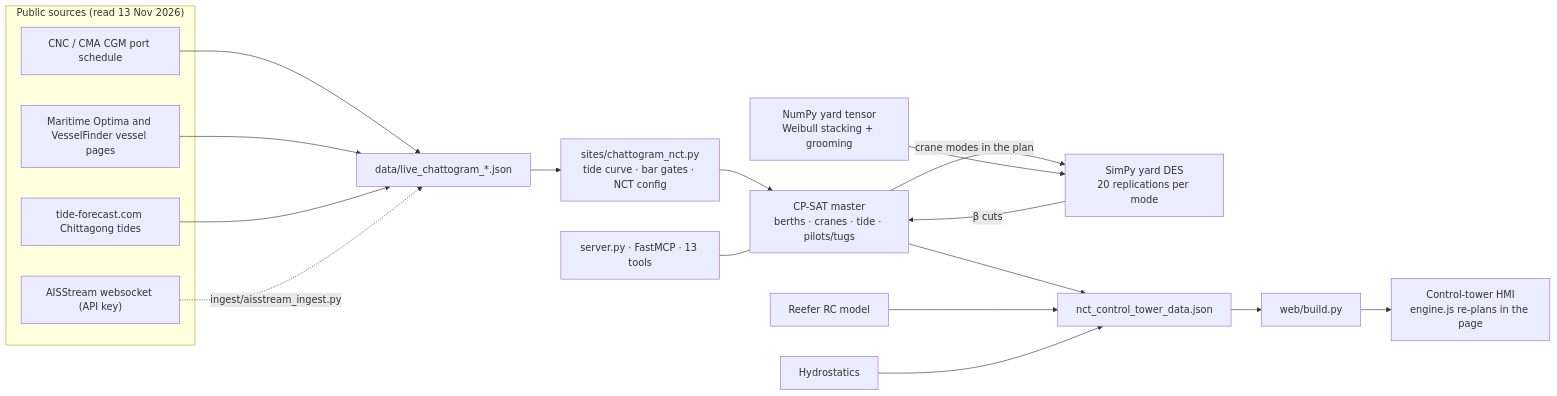
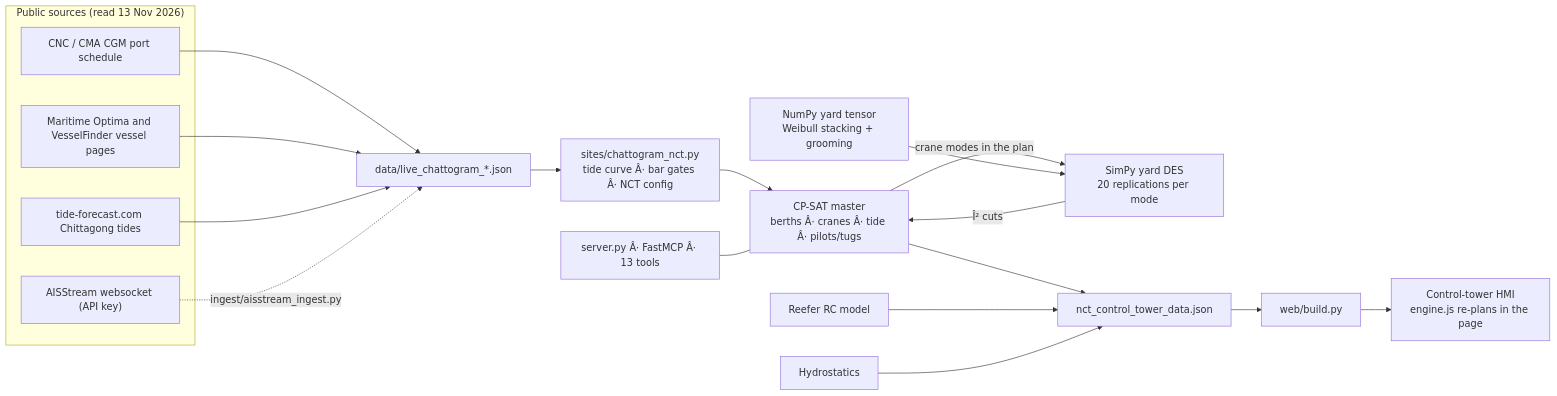
Before and after one commit to artahmid03-source/portflow-simopt-mcp: the first of 3 diagrams in README.md, drawn with Mermaid. The commit also changed other lines of this file, not shown here.

````diff
--- a/README.md
+++ b/README.md
@@ -83,24 +83,24 @@
 ```mermaid
 flowchart LR
   subgraph SRC["Public sources (read 13 Nov 2026)"]
     S1["CNC / CMA CGM port schedule"]
     S2["Maritime Optima and VesselFinder vessel pages"]
     S3["tide-forecast.com Chittagong tides"]
     S4["AISStream websocket (API key)"]
   end
   S1 --> L["data/live_chattogram_*.json"]
   S2 --> L
   S3 --> L
   S4 -. "ingest/aisstream_ingest.py" .-> L
-  L --> SITE["sites/chattogram_nct.py<br/>tide curve · bar gates · NCT config"]
-  SITE --> M["CP-SAT master<br/>berths · cranes · tide · pilots/tugs"]
+  L --> SITE["sites/chattogram_nct.py<br/>tide curve Â· bar gates Â· NCT config"]
+  SITE --> M["CP-SAT master<br/>berths Â· cranes Â· tide Â· pilots/tugs"]
   M -- "crane modes in the plan" --> D["SimPy yard DES<br/>20 replications per mode"]
-  D -- "β cuts" --> M
+  D -- "Î² cuts" --> M
   Y["NumPy yard tensor<br/>Weibull stacking + grooming"] --> D
   M --> OUT["nct_control_tower_data.json"]
   R["Reefer RC model"] --> OUT
   H["Hydrostatics"] --> OUT
   OUT --> WEB["web/build.py"]
   WEB --> HMI["Control-tower HMI<br/>engine.js re-plans in the page"]
-  SRV["server.py · FastMCP · 13 tools"] --- M
+  SRV["server.py Â· FastMCP Â· 13 tools"] --- M
 ```
````
